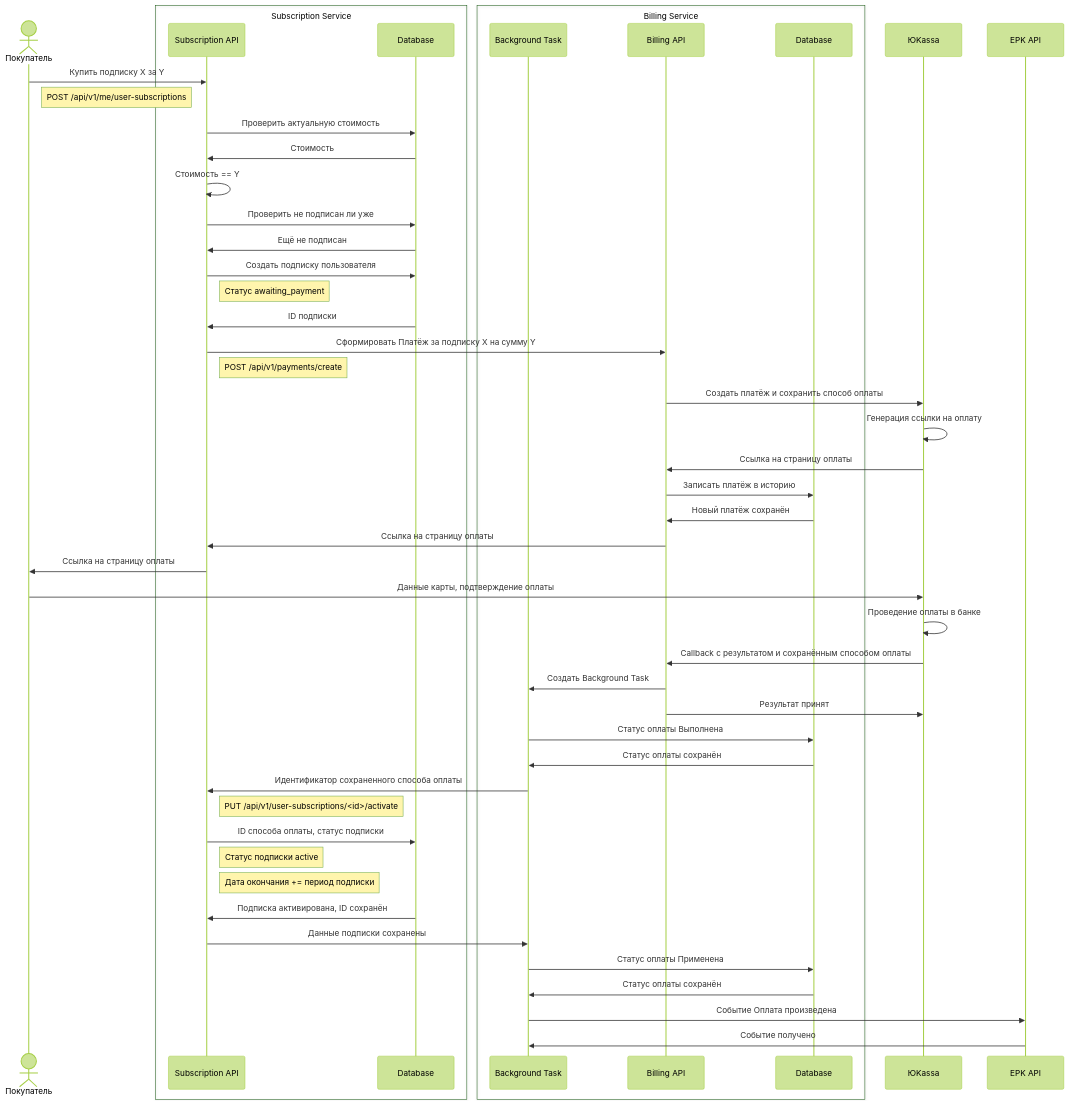
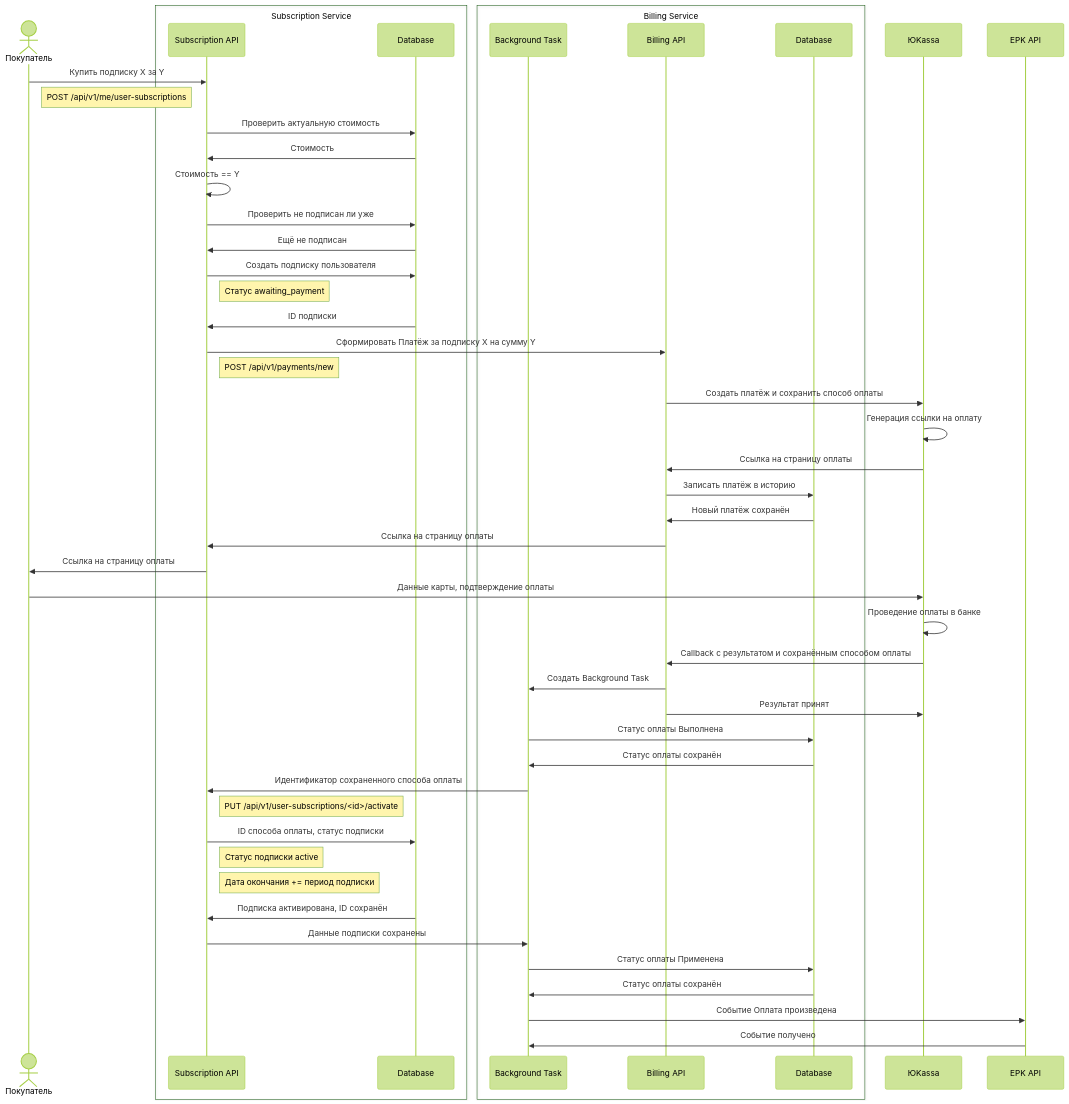
Before and after one commit to smb13/graduate_work: the diagram in architecture/sequence_diagrams/subscription_new.md, drawn with Mermaid (forest theme). The commit also changed 9 other files, not shown here.

Commit message:
update architecture

````diff
--- a/architecture/sequence_diagrams/subscription_new.md
+++ b/architecture/sequence_diagrams/subscription_new.md
@@ -3,56 +3,56 @@
 ```mermaid
 sequenceDiagram
     actor User as Покупатель
     box Subscription Service
         participant SubAPI as Subscription API
         participant SubDB as Database
     end
     box Billing Service
         participant BillBGround as Background Task
         participant BillAPI as Billing API
         participant BillDB as Database
     end
     participant YooKassa as ЮKassa
     participant EPKAPI as EPK API
 
     User->>SubAPI: Купить подписку X за Y
     Note right of User: POST /api/v1/me/user-subscriptions
     SubAPI->>SubDB: Проверить актуальную стоимость
     SubDB->>SubAPI: Стоимость
     SubAPI->>SubAPI: Стоимость == Y
     SubAPI->>SubDB: Проверить не подписан ли уже
     SubDB->>SubAPI: Ещё не подписан
     SubAPI->>SubDB: Создать подписку пользователя
     Note right of SubAPI: Статус awaiting_payment
     SubDB->>SubAPI: ID подписки
 
     SubAPI->>BillAPI: Сформировать Платёж за подписку X на сумму Y
-    Note right of SubAPI: POST /api/v1/payments/create
+    Note right of SubAPI: POST /api/v1/payments/new
     BillAPI->>YooKassa: Создать платёж и сохранить способ оплаты
     YooKassa->>YooKassa: Генерация ссылки на оплату
     YooKassa->>BillAPI: Ссылка на страницу оплаты
     BillAPI->>BillDB: Записать платёж в историю
     BillDB->>BillAPI: Новый платёж сохранён
     BillAPI->>SubAPI: Ссылка на страницу оплаты
     SubAPI->>User: Ссылка на страницу оплаты
 
     User->>YooKassa: Данные карты, подтверждение оплаты
     YooKassa->>YooKassa: Проведение оплаты в банке
     YooKassa->>BillAPI: Callback с результатом и сохранённым способом оплаты
     BillAPI->>BillBGround: Создать Background Task
     BillAPI->>YooKassa: Результат принят
 
     BillBGround->>BillDB: Статус оплаты Выполнена
     BillDB->>BillBGround: Статус оплаты сохранён
     BillBGround->>SubAPI: Идентификатор сохраненного способа оплаты
     Note right of SubAPI: PUT /api/v1/user-subscriptions/<id>/activate
     SubAPI->>SubDB: ID способа оплаты, статус подписки
     Note right of SubAPI: Статус подписки active
     Note right of SubAPI: Дата окончания += период подписки 
     SubDB->>SubAPI: Подписка активирована, ID сохранён
     SubAPI->>BillBGround: Данные подписки сохранены
     BillBGround->>BillDB: Статус оплаты Применена
     BillDB->>BillBGround: Статус оплаты сохранён
     BillBGround->>EPKAPI: Событие Оплата произведена
     EPKAPI->>BillBGround: Событие получено
 ```
````
